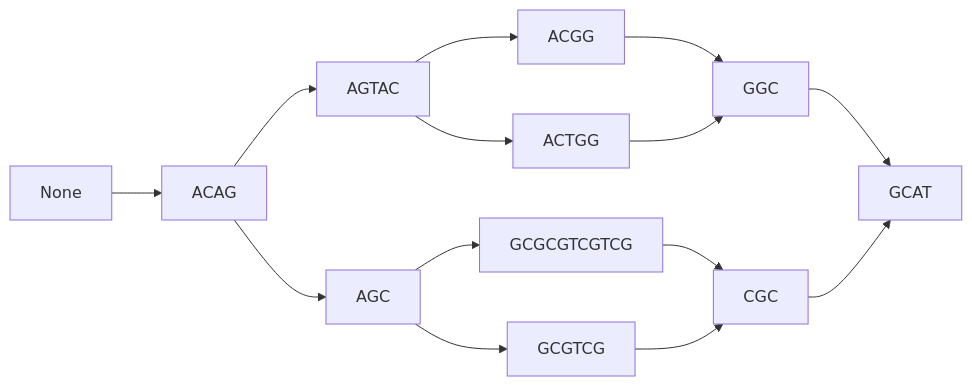
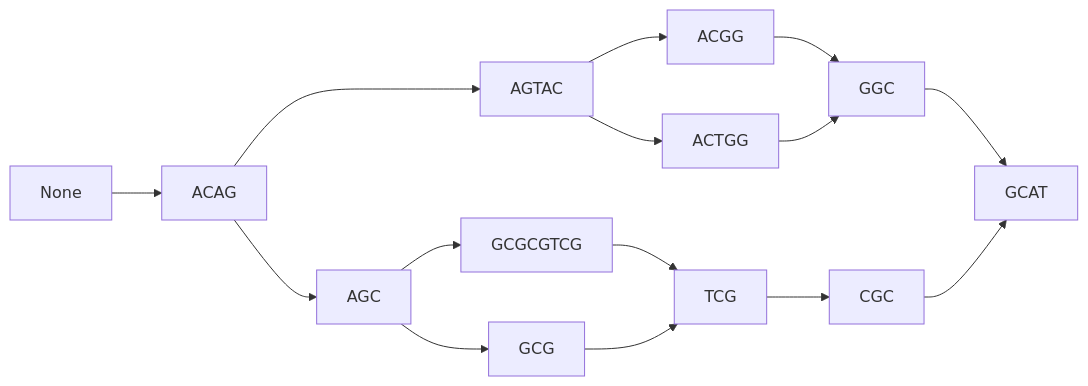
The third of 3 diagrams in working/cycles.md (khiron/dBGAlignLib), drawn with Mermaid before and after one commit.

Commit message:
update 4th sequence

````diff
--- a/working/cycles.md
+++ b/working/cycles.md
@@ -68,11 +68,11 @@
 ```mermaid
 graph LR;
 None-->ACAG
 ACAG-->AGTAC
 AGTAC-->ACGG-->GGC
 GGC-->GCAT
 AGTAC-->ACTGG-->GGC
 
-ACAG-->AGC-->GCGCGTCGTCG-->CGC
-AGC-->GCGTCG-->CGC-->GCAT
+ACAG-->AGC-->GCGCGTCG-->TCG-->CGC-->GCAT
+AGC-->GCG-->TCG
 ```
````
